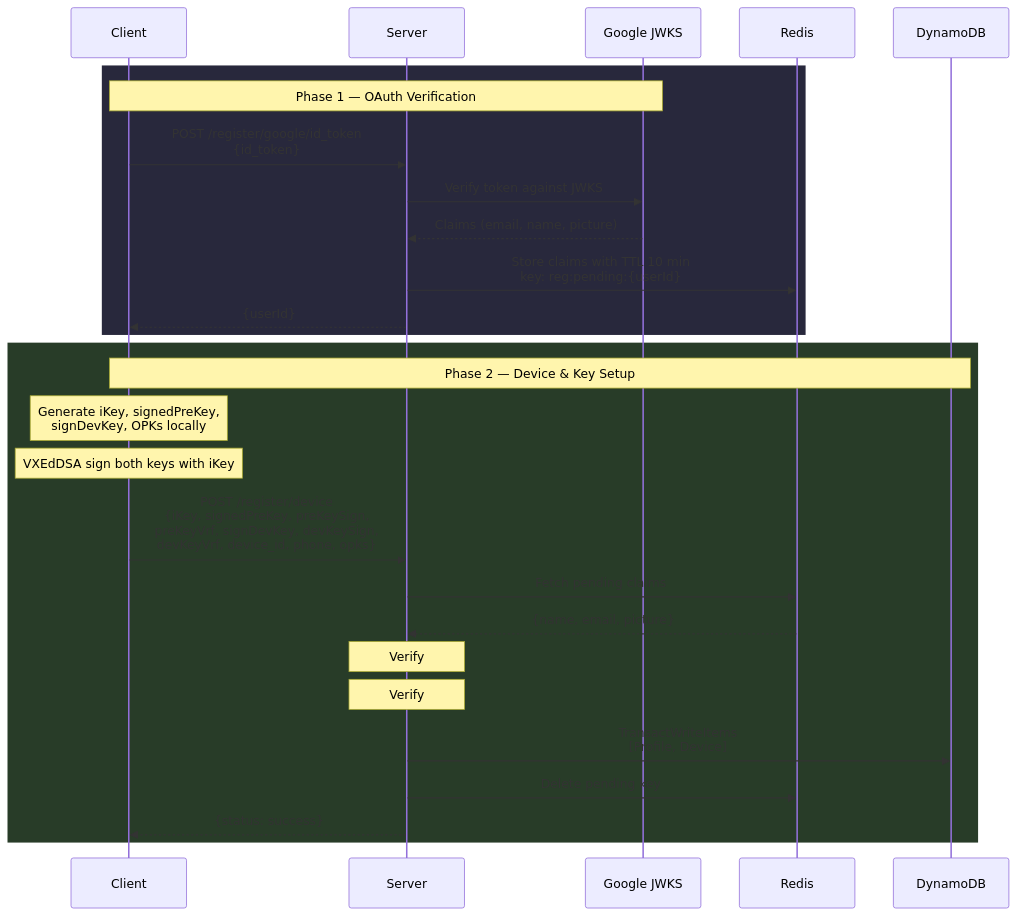
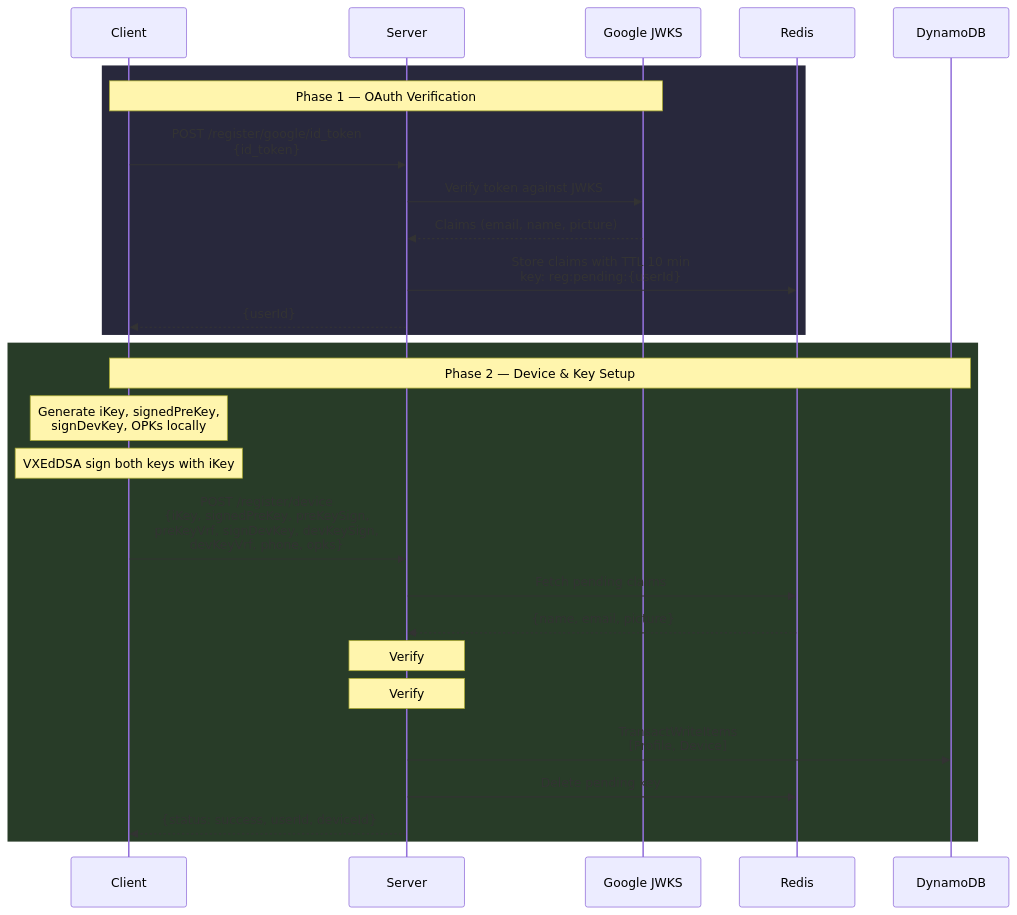
Before and after one commit to debarkamondal/khamoshchat-api: the first of 2 diagrams in docs/architecture.md, drawn with Mermaid. The commit also changed 3 other files, not shown here.

Commit message:
feat: migrate device ID generation from client to server in registration flow

````diff
--- a/docs/architecture.md
+++ b/docs/architecture.md
@@ -61,31 +61,31 @@
 ```mermaid
 sequenceDiagram
     participant C as Client
     participant S as Server
     participant G as Google JWKS
     participant R as Redis
     participant D as DynamoDB
 
     rect rgb(40, 40, 60)
     Note over C,G: Phase 1 — OAuth Verification
     C->>S: POST /register/google/id_token<br/>{id_token}
     S->>G: Verify token against JWKS
     G-->>S: Claims (email, name, picture)
     S->>R: Store claims with TTL 10 min<br/>key: reg:pending:{userId}
     S-->>C: {userId}
     end
 
     rect rgb(40, 60, 40)
     Note over C,D: Phase 2 — Device & Key Setup
     Note over C: Generate iKey, signedPreKey,<br/>signDevKey, OPKs locally
     Note over C: VXEdDSA sign both keys with iKey
-    C->>S: POST /register/device<br/>{iKey, signedPreKey, preKeySign,<br/>preKeyVrf, signDevKey, devKeySign,<br/>devKeyVrf, device_id, phone, opks}
+    C->>S: POST /register/device<br/>{iKey, signedPreKey, preKeySign,<br/>preKeyVrf, signDevKey, devKeySign,<br/>devKeyVrf, phone, opks}
     S->>R: Fetch pending claims
     R-->>S: {name, email, picture}
     Note over S: Verify #1: signedPreKey sig + VRF
     Note over S: Verify #2: signDevKey sig + VRF
     S->>D: TransactWriteItems<br/>[Profile, Device]
     S->>R: Delete pending key
-    S-->>C: {status: success}
+    S-->>C: {status: success, userId, deviceId}
     end
 ```
````
